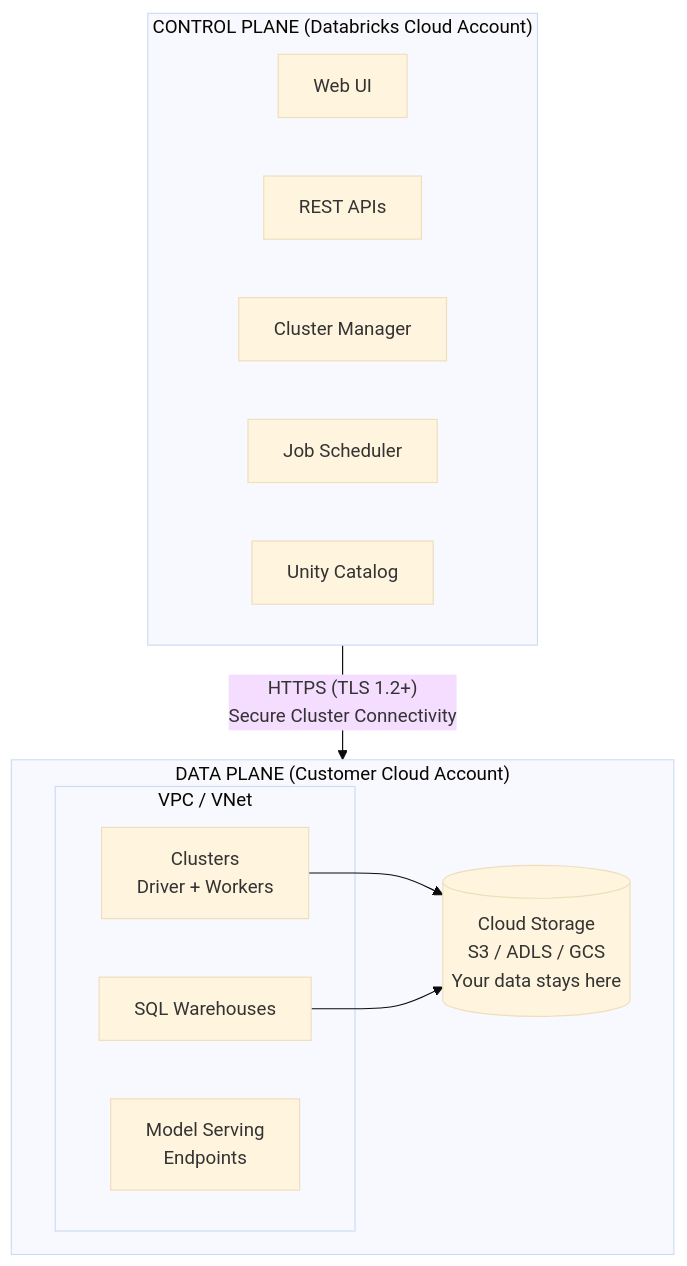
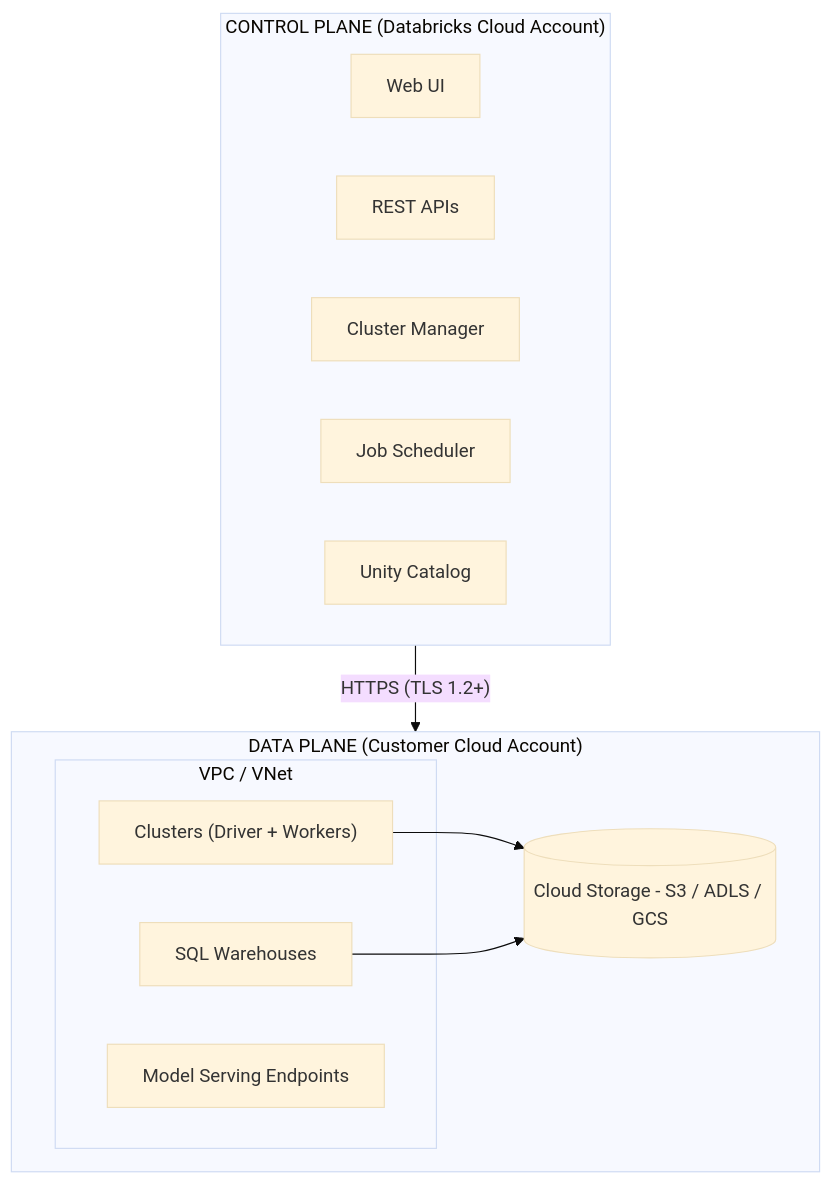
One commit to kengio/databricks-certification-study-guide changed the first of 11 diagrams in shared/fundamentals/platform-architecture.md. Above: the diagram before and after it, drawn with Mermaid (base theme). The commit also changed other lines of this file and 47 other files, not shown here.

````diff
--- a/shared/fundamentals/platform-architecture.md
+++ b/shared/fundamentals/platform-architecture.md
@@ -7,23 +16,23 @@
 ```mermaid
 flowchart TB
     subgraph ControlPlane["CONTROL PLANE (Databricks Cloud Account)"]
         WebUI[Web UI]
         API[REST APIs]
         CM[Cluster Manager]
         JS[Job Scheduler]
         UC[Unity Catalog]
     end
 
     subgraph DataPlane["DATA PLANE (Customer Cloud Account)"]
         subgraph VPC["VPC / VNet"]
-            Clusters[Clusters<br/>Driver + Workers]
+            Clusters["Clusters (Driver + Workers)"]
             SQLWh[SQL Warehouses]
-            Model[Model Serving<br/>Endpoints]
+            Model[Model Serving Endpoints]
         end
-        Storage[(Cloud Storage<br/>S3 / ADLS / GCS<br/>Your data stays here)]
+        Storage[("Cloud Storage - S3 / ADLS / GCS")]
     end
 
-    ControlPlane -->|"HTTPS (TLS 1.2+)<br/>Secure Cluster Connectivity"| DataPlane
+    ControlPlane -->|"HTTPS (TLS 1.2+)"| DataPlane
     Clusters --> Storage
     SQLWh --> Storage
 ```
````
